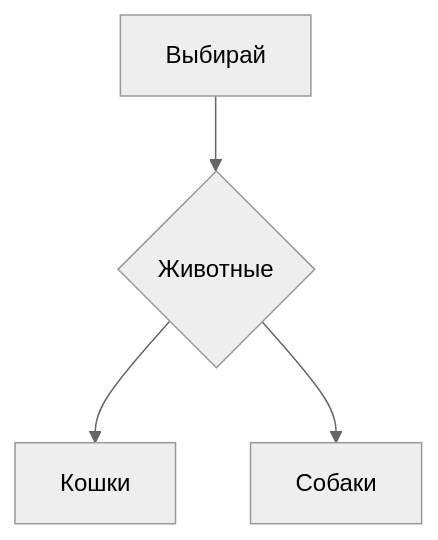
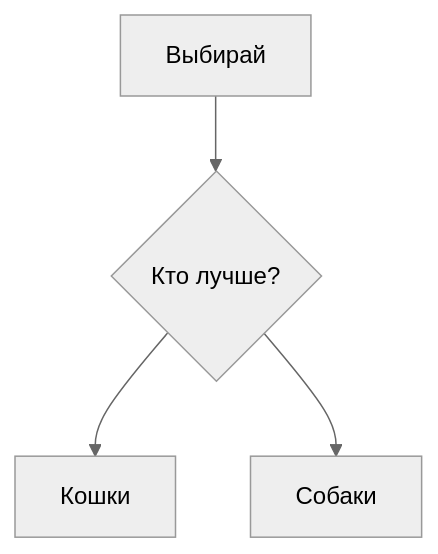
Before and after one commit to MatveyZhukov/-.: the diagram in README.md, drawn with Mermaid (neutral theme). The commit also changed other lines of this file, not shown here.

````diff
--- a/README.md
+++ b/README.md
@@ -47,6 +47,6 @@
 ```mermaid
 graph TD
-  A[Выбирай] --> B{Животные}
+  A[Выбирай] --> B{Кто лучше?}
   B --> C[Кошки]
   B -->  D[Собаки]
 ```
````
